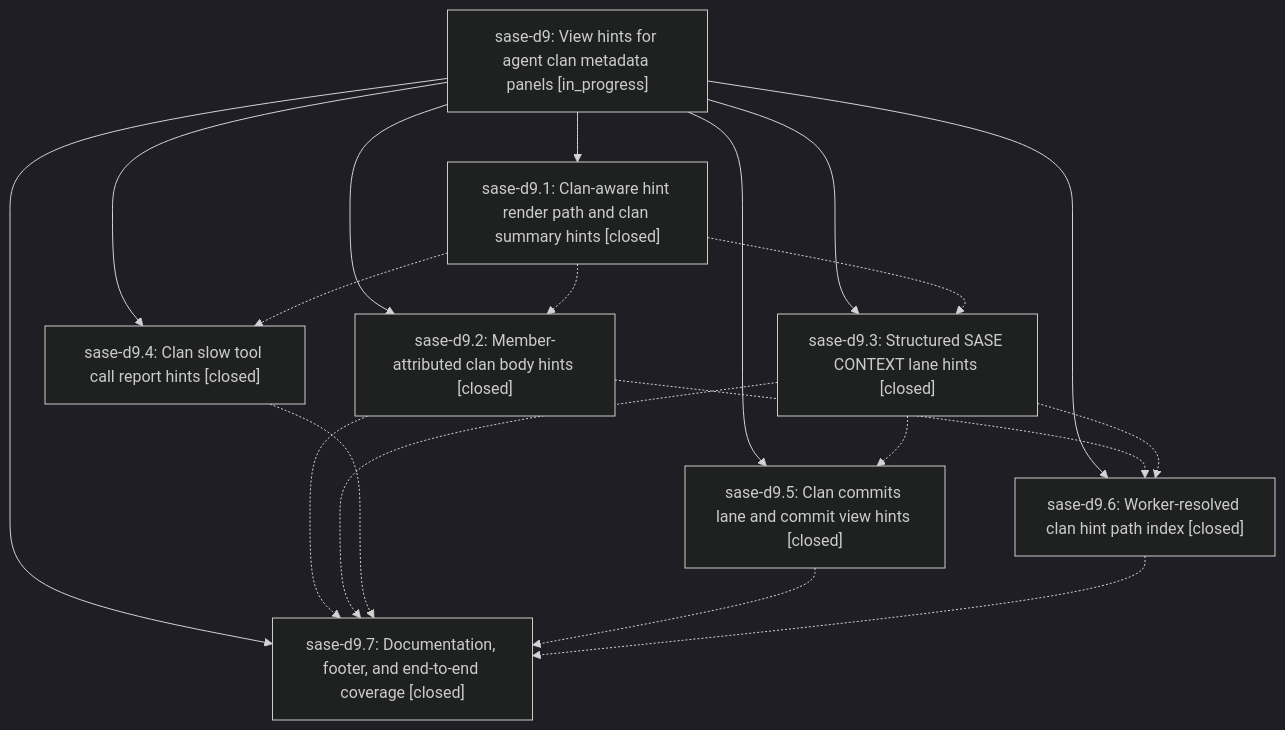
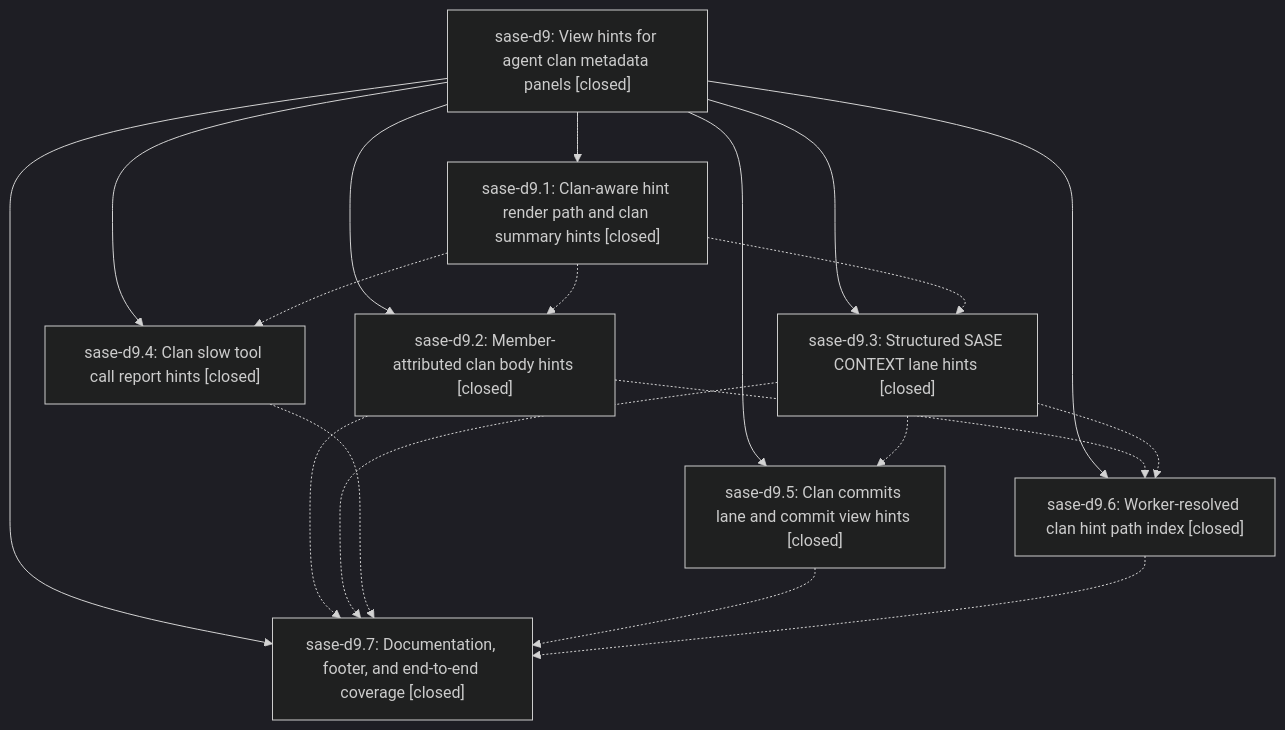
Before and after one commit to sase-org/sase--beads: the diagram in pages/sase-d9/README.md, drawn with Mermaid (dark theme). The commit also changed other lines of this file, not shown here.

First line of the commit message:
chore(beads): sync bead state and pages for sase-d9

````diff
--- a/pages/sase-d9/README.md
+++ b/pages/sase-d9/README.md
@@ -28,29 +32,29 @@
 ```mermaid
 flowchart TD
-    n0["sase-d9: View hints for agent clan metadata panels [in_progress]"]
+    n0["sase-d9: View hints for agent clan metadata panels [closed]"]
     n1["sase-d9.1: Clan-aware hint render path and clan summary hints [closed]"]
     n2["sase-d9.2: Member-attributed clan body hints [closed]"]
     n3["sase-d9.3: Structured SASE CONTEXT lane hints [closed]"]
     n4["sase-d9.4: Clan slow tool call report hints [closed]"]
     n5["sase-d9.5: Clan commits lane and commit view hints [closed]"]
     n6["sase-d9.6: Worker-resolved clan hint path index [closed]"]
     n7["sase-d9.7: Documentation, footer, and end-to-end coverage [closed]"]
     n0 --> n1
     n0 --> n2
     n0 --> n3
     n0 --> n4
     n0 --> n5
     n0 --> n6
     n0 --> n7
     n1 -.-> n2
     n1 -.-> n3
     n1 -.-> n4
     n2 -.-> n6
     n2 -.-> n7
     n3 -.-> n5
     n3 -.-> n6
     n3 -.-> n7
     n4 -.-> n7
     n5 -.-> n7
     n6 -.-> n7
 ```
````
